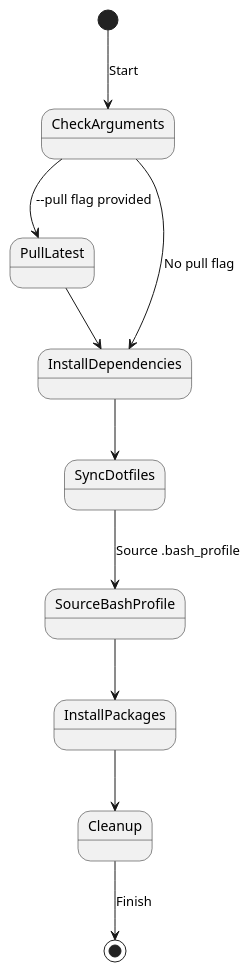
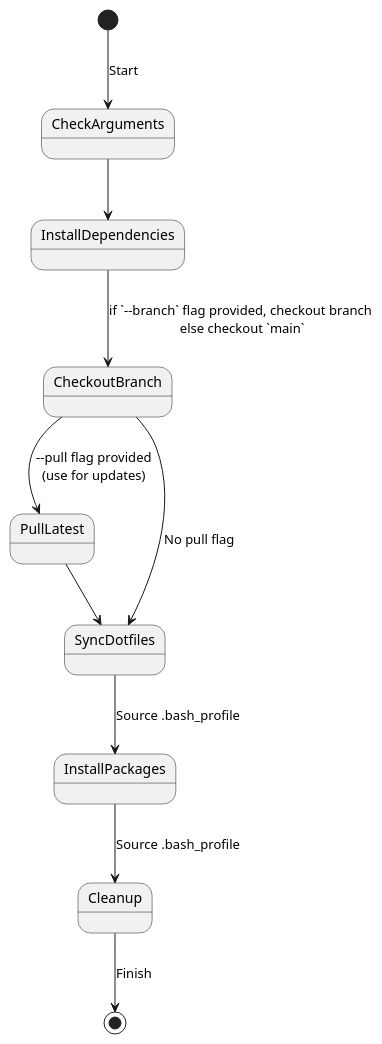
One commit to GrantRolls/dot changed the diagram in README.md. Above: the diagram before and after it, drawn with PlantUML. The commit also changed other lines of this file and 3 other files, not shown here.

````diff
--- a/README.md
+++ b/README.md
@@ -6,13 +9,14 @@
 ```plantuml
 @startuml
 [*] --> CheckArguments : Start
-CheckArguments --> PullLatest : --pull flag provided
-CheckArguments --> InstallDependencies : No pull flag
-PullLatest --> InstallDependencies
-InstallDependencies --> SyncDotfiles
-SyncDotfiles --> SourceBashProfile : Source .bash_profile
-SourceBashProfile --> InstallPackages
-InstallPackages --> Cleanup
-Cleanup --> [*] : Finish
+CheckArguments --> InstallDependencies
+
+InstallDependencies --> CheckoutBranch : if `--branch` flag provided, checkout branch\n else checkout `main`
+CheckoutBranch --> PullLatest : --pull flag provided\n(use for updates)
+CheckoutBranch --> SyncDotfiles : No pull flag
+PullLatest --> SyncDotfiles
+SyncDotfiles --> InstallPackages : Source .bash_profile
+InstallPackages --> Cleanup : Source .bash_profile
+Cleanup --> [*] : Finish 
 @enduml
 ```
````
